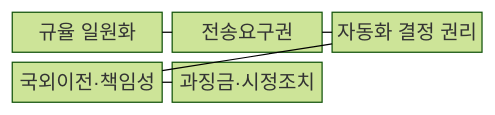
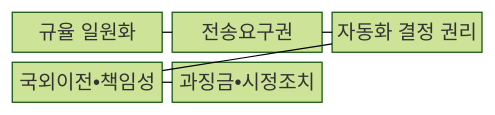
Before and after one commit to agnusdei1207/knowledge-base: the first of 2 diagrams in src/content/docs/notes/05-security/095_pipa_2023_amendment.md, drawn with Mermaid (forest theme). The commit also changed other lines of this file and 953 other files, not shown here.

````diff
--- a/src/content/docs/notes/05-security/095_pipa_2023_amendment.md
+++ b/src/content/docs/notes/05-security/095_pipa_2023_amendment.md
@@ -63,13 +63,13 @@
 ```mermaid
 block-beta
   columns 3
   A["규율 일원화"]
   B["전송요구권"]
   C["자동화 결정 권리"]
-  D["국외이전·책임성"]
-  E["과징금·시정조치"]
+  D["국외이전•책임성"]
+  E["과징금•시정조치"]
   A --- B
   B --- C
   C --- D
   D --- E
 ```
````
